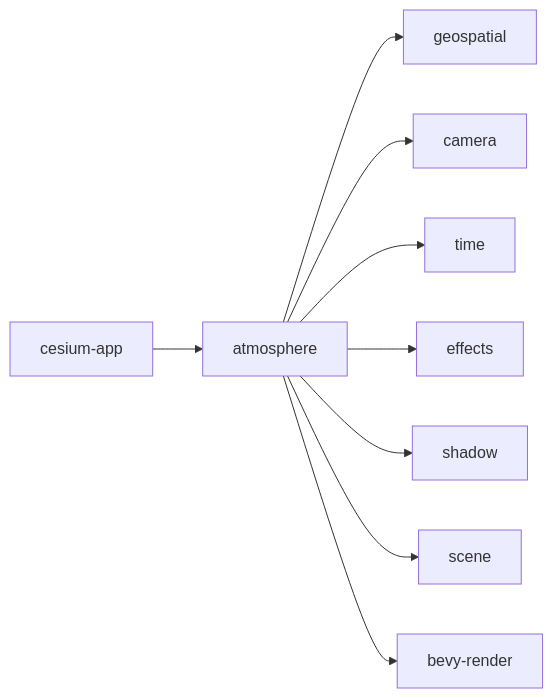
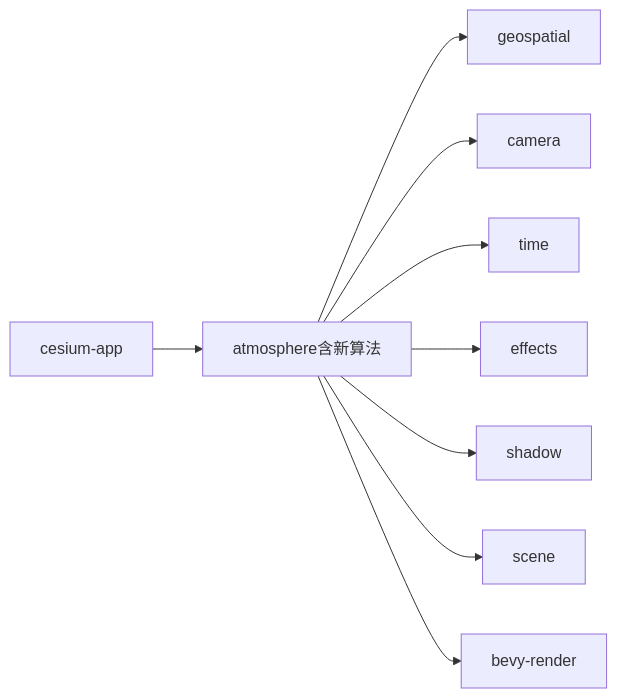
One commit to rzhangjing/cesium changed the fifth of 5 diagrams in .qoder/repowiki/zh/content/项目概述/核心特性/大气系统.md. Above: the diagram before and after it, drawn with Mermaid. The commit also changed other lines of this file and 60 other files, not shown here.

````diff
--- a/.qoder/repowiki/zh/content/项目概述/核心特性/大气系统.md
+++ b/.qoder/repowiki/zh/content/项目概述/核心特性/大气系统.md
@@ -237,11 +251,11 @@
 ```mermaid
 graph LR
-App["cesium-app"] --> Atmo["atmosphere"]
+App["cesium-app"] --> Atmo["atmosphere含新算法"]
 Atmo --> Geo["geospatial"]
 Atmo --> Cam["camera"]
 Atmo --> Tm["time"]
 Atmo --> Eff["effects"]
 Atmo --> Shd["shadow"]
 Atmo --> Scn["scene"]
 Atmo --> Brv["bevy-render"]
 ```
````
